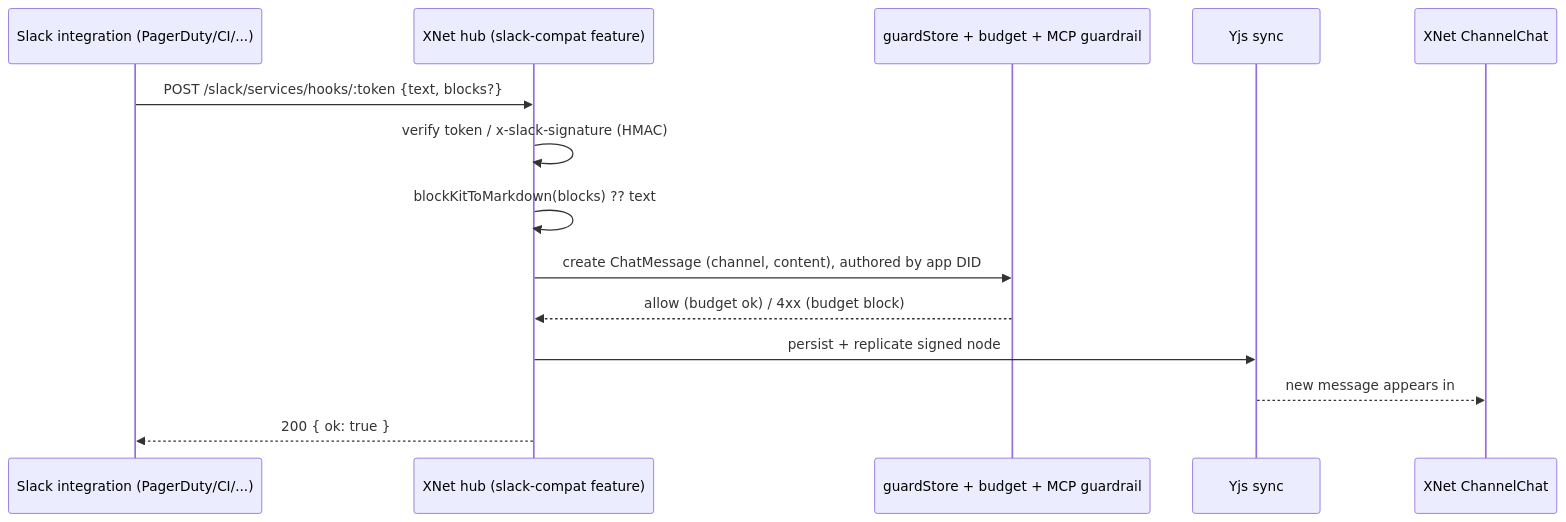
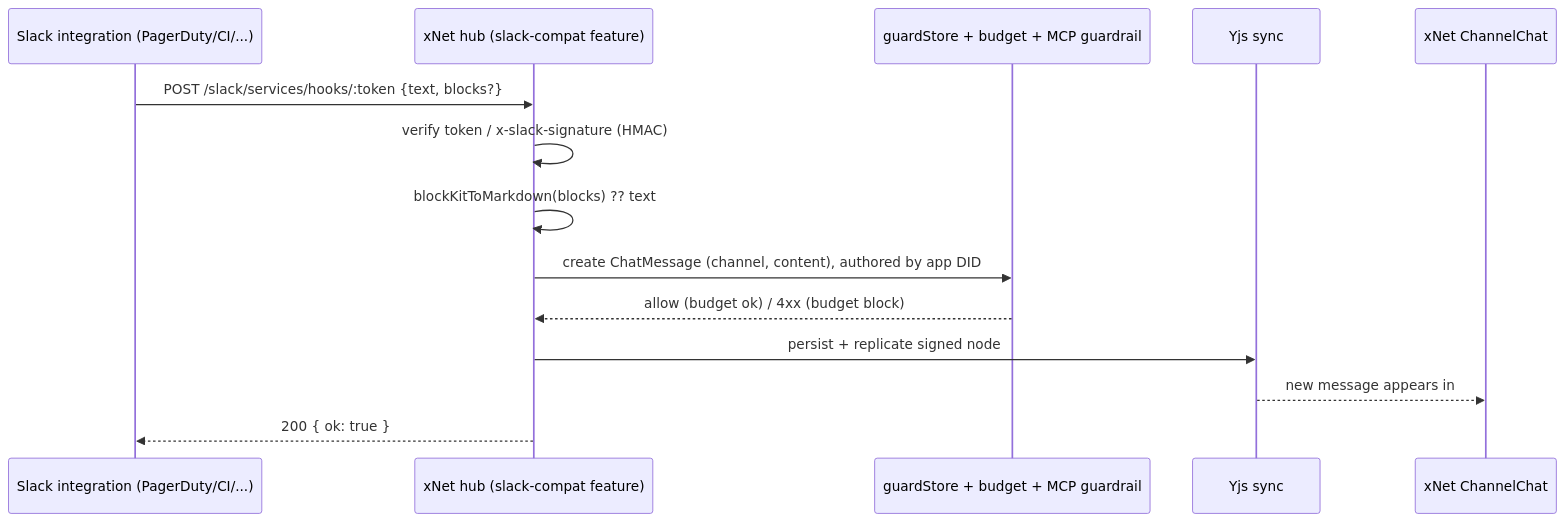
The second of 4 diagrams in docs/explorations/0198_[_]_SLACK_COMPATIBLE_INTEGRATIONS_AND_MIGRATION.md (crs48/xNet), drawn with Mermaid before and after one commit. The commit also changed other lines of this file and 22 other files, not shown here.

````diff
--- a/docs/explorations/0198_[_]_SLACK_COMPATIBLE_INTEGRATIONS_AND_MIGRATION.md
+++ b/docs/explorations/0198_[_]_SLACK_COMPATIBLE_INTEGRATIONS_AND_MIGRATION.md
@@ -505,17 +505,17 @@
 ```mermaid
 sequenceDiagram
   participant App as Slack integration (PagerDuty/CI/...)
-  participant Hub as XNet hub (slack-compat feature)
+  participant Hub as xNet hub (slack-compat feature)
   participant Guard as guardStore + budget + MCP guardrail
   participant Sync as Yjs sync
-  participant UI as XNet ChannelChat
+  participant UI as xNet ChannelChat
 
   App->>Hub: POST /slack/services/hooks/:token {text, blocks?}
   Hub->>Hub: verify token / x-slack-signature (HMAC)
   Hub->>Hub: blockKitToMarkdown(blocks) ?? text
   Hub->>Guard: create ChatMessage (channel, content), authored by app DID
   Guard-->>Hub: allow (budget ok) / 4xx (budget block)
   Hub->>Sync: persist + replicate signed node
   Sync-->>UI: new message appears in #ops
   Hub-->>App: 200 { ok: true }
 ```
````
